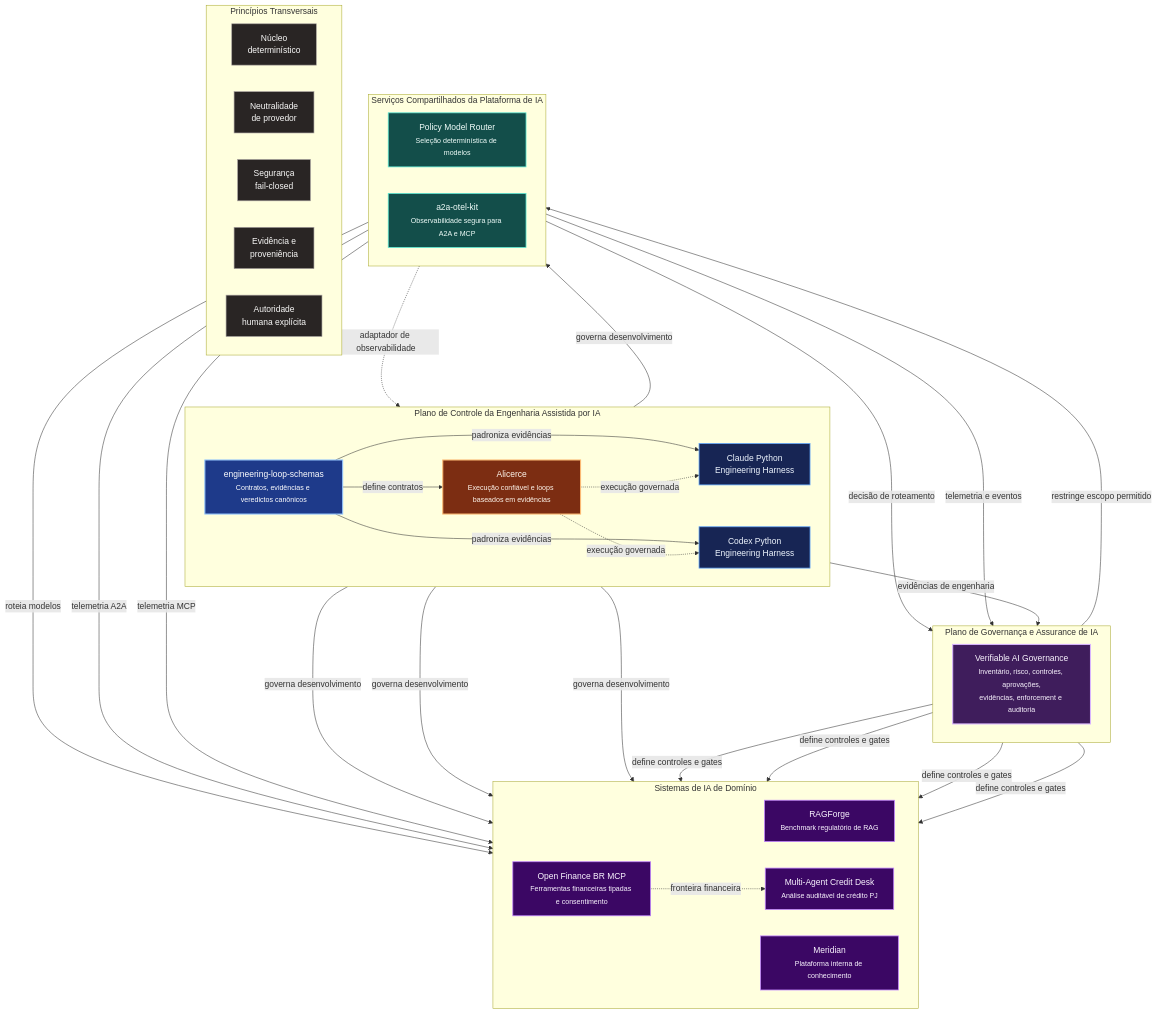
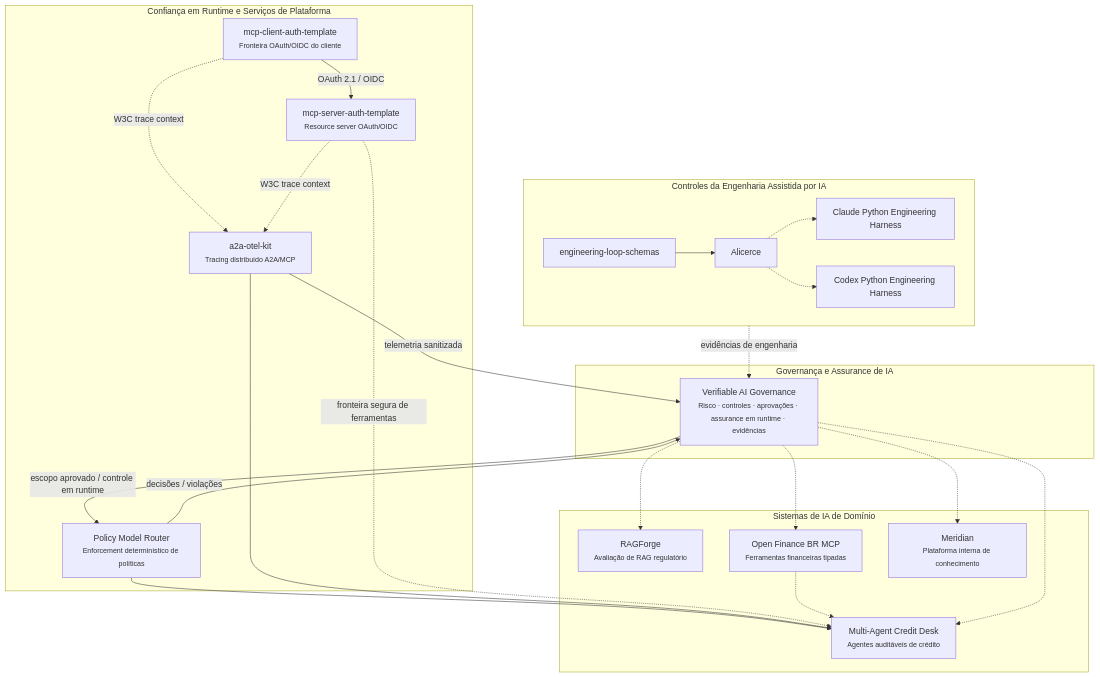
One commit to brunovicco/brunovicco changed the first of 2 diagrams in PORTFOLIO_ARCHITECTURE.pt-BR.md. Above: the diagram before and after it, drawn with Mermaid. The commit also changed other lines of this file and 8 other files, not shown here.

````diff
--- a/PORTFOLIO_ARCHITECTURE.pt-BR.md
+++ b/PORTFOLIO_ARCHITECTURE.pt-BR.md
@@ -18,80 +11,51 @@
 ```mermaid
 flowchart TB
-    subgraph GOVERNANCE["Plano de Governança e Assurance de IA"]
-        direction LR
-        VAG["Verifiable AI Governance<br/><small>Inventário, risco, controles, aprovações,<br/>evidências, enforcement e auditoria</small>"]
+    subgraph GOV["Governança e Assurance de IA"]
+        VAG["Verifiable AI Governance<br/><small>Risco · controles · aprovações · assurance em runtime · evidências</small>"]
     end
 
-    subgraph CONTROL["Plano de Controle da Engenharia Assistida por IA"]
-        direction LR
-        LS["engineering-loop-schemas<br/><small>Contratos, evidências e veredictos canônicos</small>"]
-        AL["Alicerce<br/><small>Execução confiável e loops baseados em evidências</small>"]
-        CH["Claude Python<br/>Engineering Harness"]
-        CX["Codex Python<br/>Engineering Harness"]
+    subgraph TRUST["Confiança em Runtime e Serviços de Plataforma"]
+        PMR["Policy Model Router<br/><small>Enforcement determinístico de políticas</small>"]
+        A2A["a2a-otel-kit<br/><small>Tracing distribuído A2A/MCP</small>"]
+        MCPC["mcp-client-auth-template<br/><small>Fronteira OAuth/OIDC do cliente</small>"]
+        MCPS["mcp-server-auth-template<br/><small>Resource server OAuth/OIDC</small>"]
 
-        LS -->|"define contratos"| AL
-        LS -->|"padroniza evidências"| CH
-        LS -->|"padroniza evidências"| CX
-        AL -.->|"execução governada"| CH
-        AL -.->|"execução governada"| CX
+        MCPC -->|"OAuth 2.1 / OIDC"| MCPS
+        MCPC -.->|"W3C trace context"| A2A
+        MCPS -.->|"W3C trace context"| A2A
     end
 
-    subgraph PLATFORM["Serviços Compartilhados da Plataforma de IA"]
-        direction LR
-        PMR["Policy Model Router<br/><small>Seleção determinística de modelos</small>"]
-        OTEL["a2a-otel-kit<br/><small>Observabilidade segura para A2A e MCP</small>"]
+    subgraph DOMAIN["Sistemas de IA de Domínio"]
+        RAG["RAGForge<br/><small>Avaliação de RAG regulatório</small>"]
+        CREDIT["Multi-Agent Credit Desk<br/><small>Agentes auditáveis de crédito</small>"]
+        OF["Open Finance BR MCP<br/><small>Ferramentas financeiras tipadas</small>"]
+        MER["Meridian<br/><small>Plataforma interna de conhecimento</small>"]
     end
 
-    subgraph APPS["Sistemas de IA de Domínio"]
-        direction LR
-        RF["RAGForge<br/><small>Benchmark regulatório de RAG</small>"]
-        ME["Meridian<br/><small>Plataforma interna de conhecimento</small>"]
-        OF["Open Finance BR MCP<br/><small>Ferramentas financeiras tipadas e consentimento</small>"]
-        CD["Multi-Agent Credit Desk<br/><small>Análise auditável de crédito PJ</small>"]
+    subgraph ENG["Controles da Engenharia Assistida por IA"]
+        SCHEMAS["engineering-loop-schemas"]
+        ALICERCE["Alicerce"]
+        CLAUDE["Claude Python Engineering Harness"]
+        CODEX["Codex Python Engineering Harness"]
+
+        SCHEMAS --> ALICERCE
+        ALICERCE -.-> CLAUDE
+        ALICERCE -.-> CODEX
     end
 
-    VAG -->|"define controles e gates"| RF
-    VAG -->|"define controles e gates"| ME
-    VAG -->|"define controles e gates"| OF
-    VAG -->|"define controles e gates"| CD
-    VAG -->|"restringe escopo permitido"| PMR
-    PMR -->|"decisão de roteamento"| VAG
-    OTEL -->|"telemetria e eventos"| VAG
-    AL -->|"evidências de engenharia"| VAG
+    VAG -->|"escopo aprovado / controle em runtime"| PMR
+    PMR -->|"decisões / violações"| VAG
+    A2A -->|"telemetria sanitizada"| VAG
 
-    CH -->|"governa desenvolvimento"| RF
-    CH -->|"governa desenvolvimento"| CD
-    CH -->|"governa desenvolvimento"| PMR
-    CX -->|"governa desenvolvimento"| ME
+    PMR --> CREDIT
+    A2A --> CREDIT
+    MCPS -.->|"fronteira segura de ferramentas"| CREDIT
+    OF -.-> CREDIT
 
-    PMR -->|"roteia modelos"| CD
-    OTEL -->|"telemetria A2A"| CD
-    OTEL -->|"telemetria MCP"| OF
-    OF -.->|"fronteira financeira"| CD
-    OTEL -.->|"adaptador de observabilidade"| AL
+    VAG -.-> RAG
+    VAG -.-> CREDIT
+    VAG -.-> OF
+    VAG -.-> MER
 
-    subgraph PRINCIPLES["Princípios Transversais"]
-        direction LR
-        P1["Núcleo<br/>determinístico"]
-        P2["Neutralidade<br/>de provedor"]
-        P3["Segurança<br/>fail-closed"]
-        P4["Evidência e<br/>proveniência"]
-        P5["Autoridade<br/>humana explícita"]
-    end
-
-    classDef governance fill:#3F1D5C,stroke:#D8B4FE,color:#FAF5FF,stroke-width:2px;
-    classDef control fill:#172554,stroke:#60A5FA,color:#EFF6FF,stroke-width:1.5px;
-    classDef platform fill:#134E4A,stroke:#5EEAD4,color:#F0FDFA,stroke-width:1.5px;
-    classDef domain fill:#3B0764,stroke:#C084FC,color:#FAF5FF,stroke-width:1.5px;
-    classDef principle fill:#292524,stroke:#A8A29E,color:#FAFAF9,stroke-width:1.2px;
-    classDef schema fill:#1E3A8A,stroke:#93C5FD,color:#FFFFFF,stroke-width:2px;
-    classDef runtime fill:#7C2D12,stroke:#FDBA74,color:#FFF7ED,stroke-width:2px;
-
-    class VAG governance;
-    class CH,CX control;
-    class LS schema;
-    class AL runtime;
-    class PMR,OTEL platform;
-    class RF,ME,OF,CD domain;
-    class P1,P2,P3,P4,P5 principle;
+    ENG -.->|"evidências de engenharia"| VAG
 ```
````
